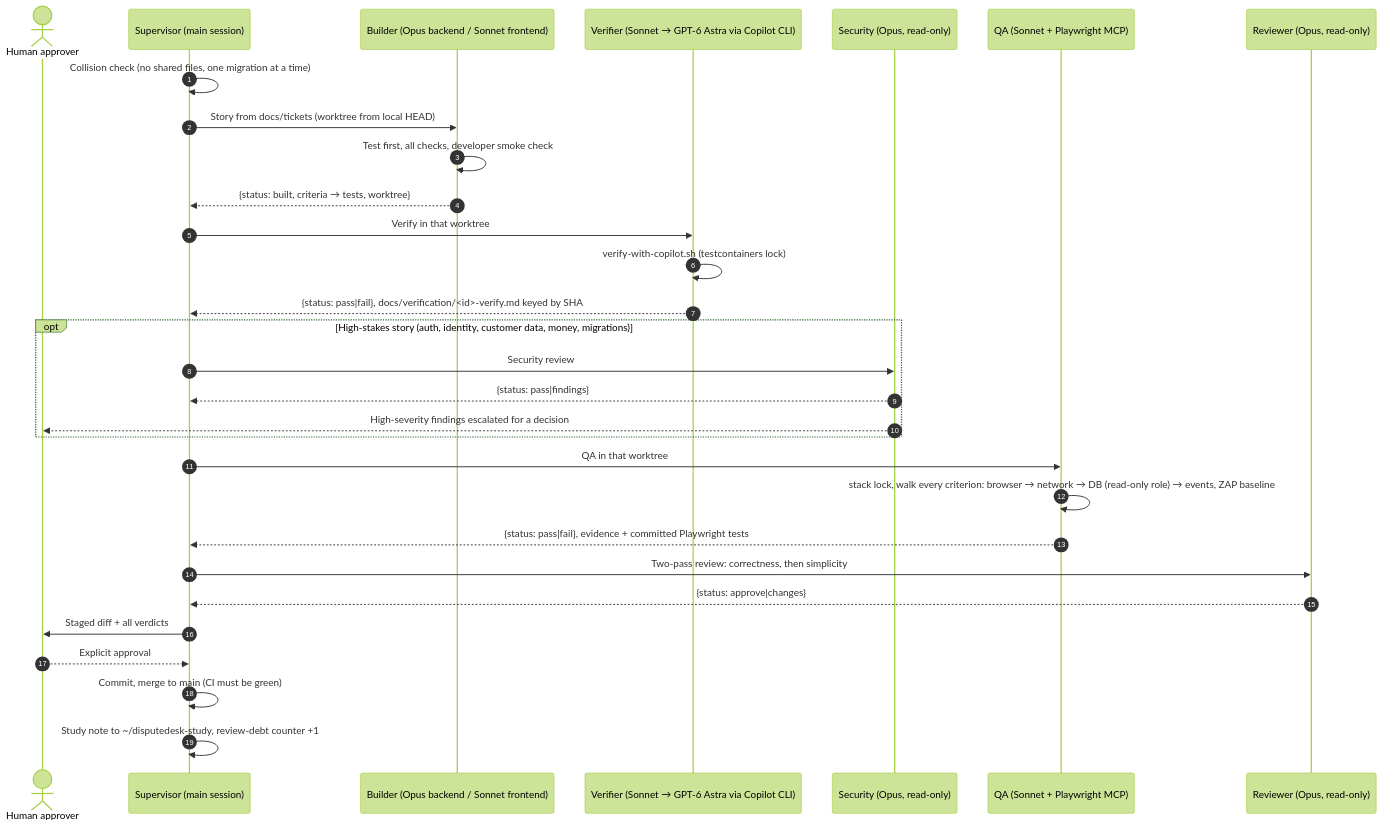
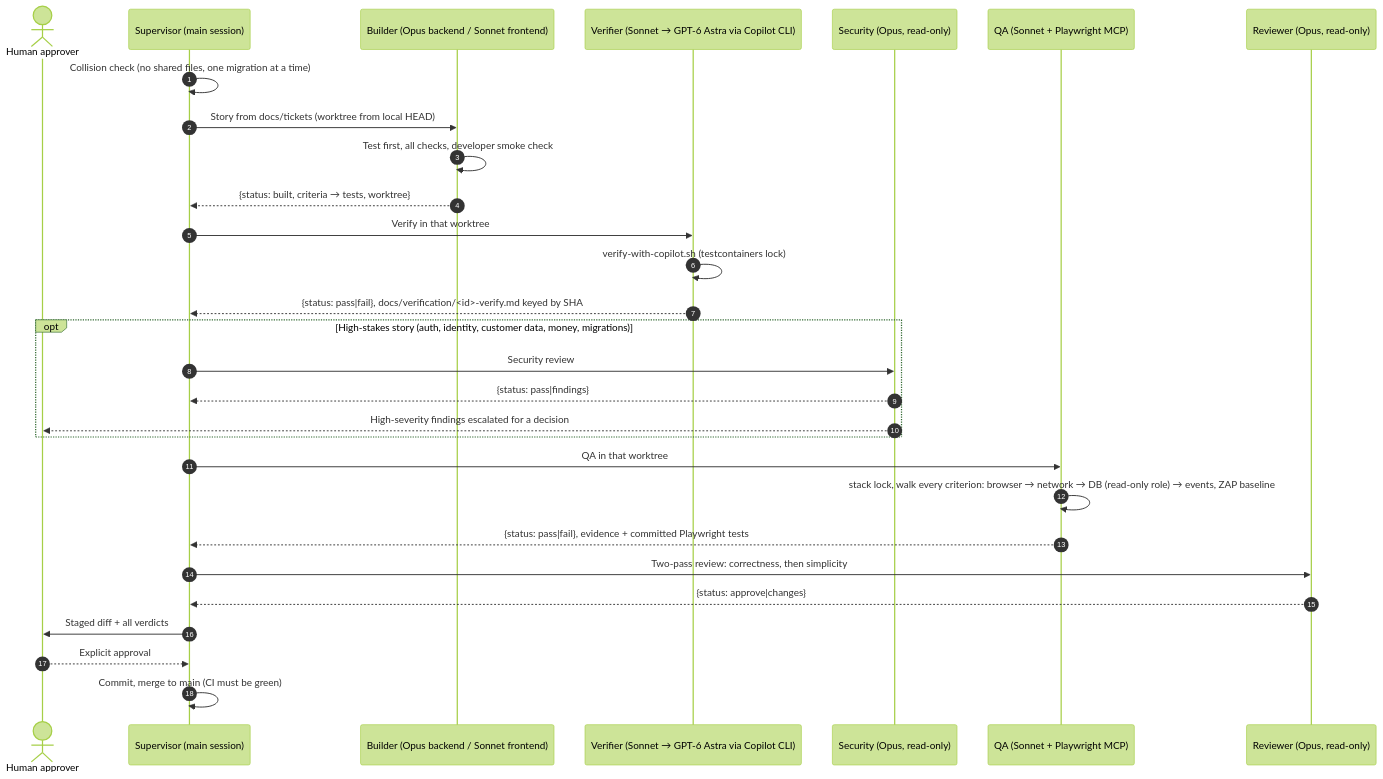
The second of 3 diagrams in docs/process/agentic-sdlc.md (njabulozmnisi/disputedesk), drawn with Mermaid (forest theme) before and after one commit. The commit also changed 78 other files, not shown here.

````diff
--- a/docs/process/agentic-sdlc.md
+++ b/docs/process/agentic-sdlc.md
@@ -50,33 +50,32 @@
 ```mermaid
 sequenceDiagram
     autonumber
     actor N as Human approver
     participant S as Supervisor (main session)
     participant B as Builder (Opus backend / Sonnet frontend)
     participant V as Verifier (Sonnet → GPT-6 Astra via Copilot CLI)
     participant SEC as Security (Opus, read-only)
     participant Q as QA (Sonnet + Playwright MCP)
     participant R as Reviewer (Opus, read-only)
 
     S->>S: Collision check (no shared files, one migration at a time)
     S->>B: Story from docs/tickets (worktree from local HEAD)
     B->>B: Test first, all checks, developer smoke check
     B-->>S: {status: built, criteria → tests, worktree}
     S->>V: Verify in that worktree
     V->>V: verify-with-copilot.sh (testcontainers lock)
     V-->>S: {status: pass|fail}, docs/verification/<id>-verify.md keyed by SHA
     opt High-stakes story (auth, identity, customer data, money, migrations)
         S->>SEC: Security review
         SEC-->>S: {status: pass|findings}
         SEC-->>N: High-severity findings escalated for a decision
     end
     S->>Q: QA in that worktree
     Q->>Q: stack lock, walk every criterion: browser → network → DB (read-only role) → events, ZAP baseline
     Q-->>S: {status: pass|fail}, evidence + committed Playwright tests
     S->>R: Two-pass review: correctness, then simplicity
     R-->>S: {status: approve|changes}
     S->>N: Staged diff + all verdicts
     N-->>S: Explicit approval
     S->>S: Commit, merge to main (CI must be green)
-    S->>S: Study note to ~/disputedesk-study, review-debt counter +1
 ```
````
